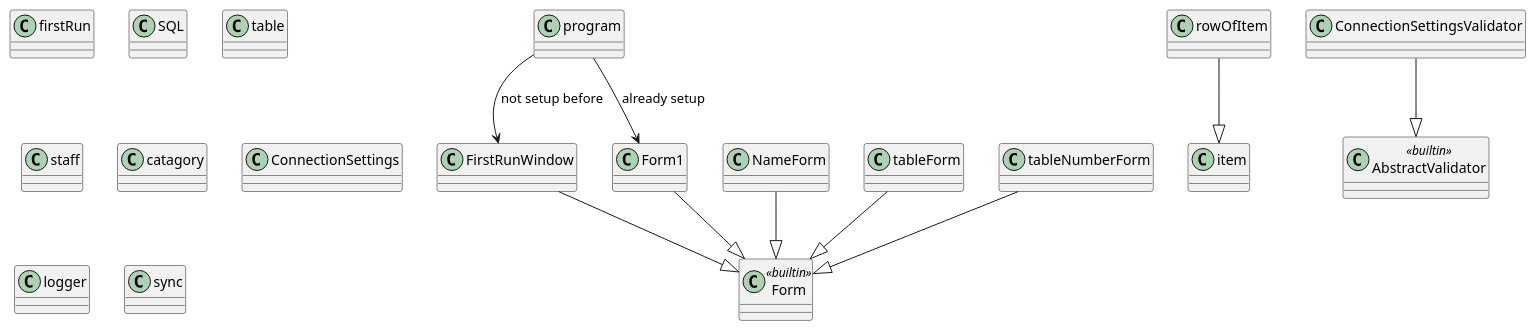
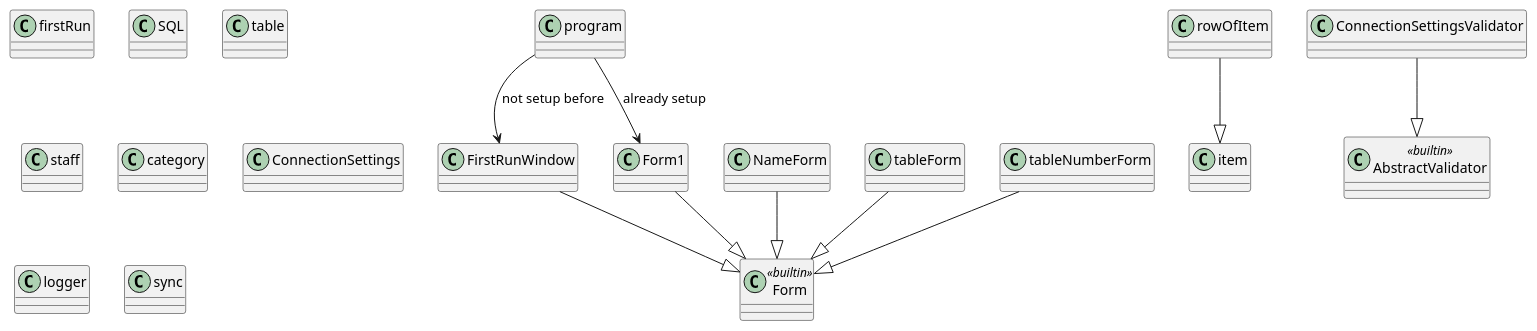
Before and after one commit to ffishstix/workcloneCS: the diagram in diagrams/inheritance.puml, drawn with PlantUML. The commit also changed 12 other files, not shown here.

```diff
--- a/diagrams/inheritance.puml
+++ b/diagrams/inheritance.puml
@@ -1,43 +1,43 @@
 @startuml
 ' settings - to make it look nicer
 
 
 ' initiallising all of my classes
 class Form <<builtin>>
 class FirstRunWindow
 class firstRun
 class Form1 
 class NameForm
 class SQL
 class table
 class staff
-class catagory
+class category
 class item
 class rowOfItem
 class tableForm
 class tableNumberForm
 class program
 class AbstractValidator <<builtin>>
 class ConnectionSettings
 class ConnectionSettingsValidator
 class logger
 class sync
 
 
 
 'joining lines
 Form1 --|> Form
 tableNumberForm --|> Form
 NameForm --|> Form
 tableForm --|> Form
 FirstRunWindow --|> Form
 rowOfItem --|> item
 ConnectionSettingsValidator --|> AbstractValidator
 program --> Form1 : already setup 
 program --> FirstRunWindow : not setup before
 
 
 'notes
 
 
 @enduml
```
